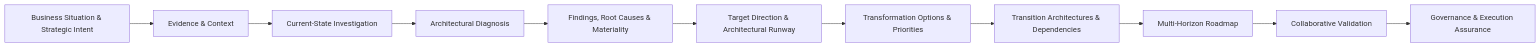
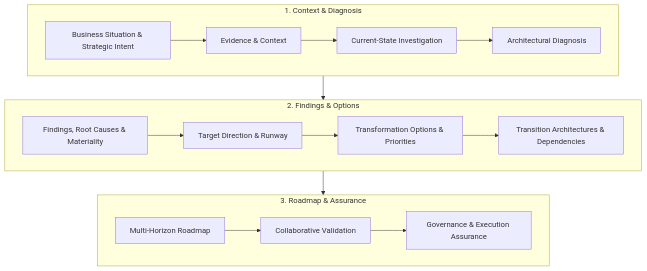
The first of 24 diagrams in docs/sop/methods/architecture-assessment-and-roadmap.md (avfranco-br/portfolio), drawn with Mermaid before and after one commit. The commit also changed other lines of this file and 10 other files, not shown here.

Commit message:
Refactor Mermaid diagrams across SOP and methods documentation for legibility

````diff
--- a/docs/sop/methods/architecture-assessment-and-roadmap.md
+++ b/docs/sop/methods/architecture-assessment-and-roadmap.md
@@ -32,15 +32,25 @@
 ```mermaid
-flowchart LR
-    A["Business Situation & Strategic Intent"]
-    B["Evidence & Context"]
-    C["Current-State Investigation"]
-    D["Architectural Diagnosis"]
-    E["Findings, Root Causes & Materiality"]
-    F["Target Direction & Architectural Runway"]
-    G["Transformation Options & Priorities"]
-    H["Transition Architectures & Dependencies"]
-    I["Multi-Horizon Roadmap"]
-    J["Collaborative Validation"]
-    K["Governance & Execution Assurance"]
-    A --> B --> C --> D --> E --> F --> G --> H --> I --> J --> K
+flowchart TD
+    subgraph Tier1["1. Context & Diagnosis"]
+        direction LR
+        A["Business Situation & Strategic Intent"] --> B["Evidence & Context"]
+        B --> C["Current-State Investigation"]
+        C --> D["Architectural Diagnosis"]
+    end
+
+    subgraph Tier2["2. Findings & Options"]
+        direction LR
+        E["Findings, Root Causes & Materiality"] --> F["Target Direction & Runway"]
+        F --> G["Transformation Options & Priorities"]
+        G --> H["Transition Architectures & Dependencies"]
+    end
+
+    subgraph Tier3["3. Roadmap & Assurance"]
+        direction LR
+        I["Multi-Horizon Roadmap"] --> J["Collaborative Validation"]
+        J --> K["Governance & Execution Assurance"]
+    end
+
+    D --> E
+    H --> I
 ```
````
